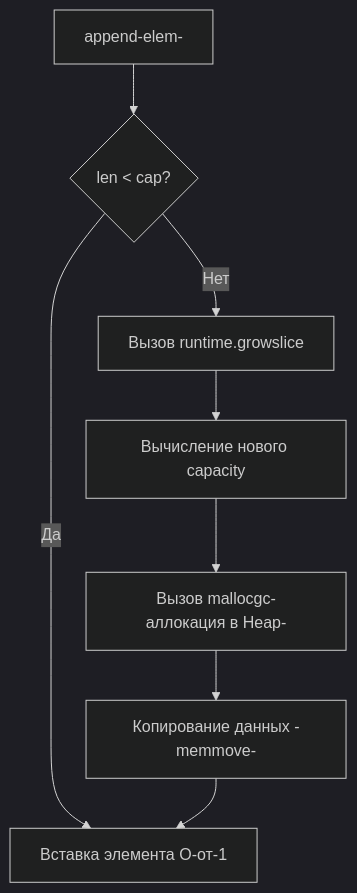
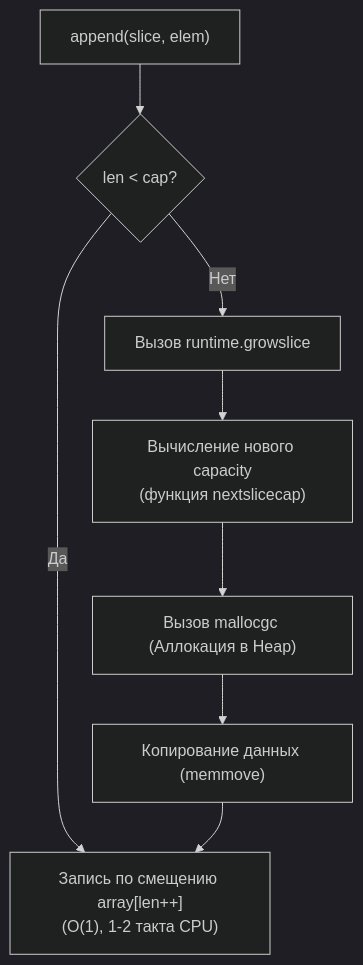
Before and after one commit to UnrealTemplier/go-textbook: the second of 3 diagrams in sources/16. Профилирование, отладка и производительность/09. Практические оптимизации/4. Предвыделение памяти.md, drawn with Mermaid (dark theme). The commit also changed other lines of this file, not shown here.

````diff
--- a/sources/16. Профилирование, отладка и производительность/09. Практические оптимизации/4. Предвыделение памяти.md
+++ b/sources/16. Профилирование, отладка и производительность/09. Практические оптимизации/4. Предвыделение памяти.md
@@ -30,10 +45,10 @@
 ```mermaid
 flowchart TD
-    A["append-elem-"] --> B{"len < cap?"}
-    B -- "Да" --> C["Вставка элемента O-от-1"]
+    A["append(slice, elem)"] --> B{"len < cap?"}
+    B -- "Да" --> C["Запись по смещению array[len++]<br/>(O(1), 1-2 такта CPU)"]
     B -- "Нет" --> D["Вызов runtime.growslice"]
-    D --> E["Вычисление нового capacity"]
-    E --> F["Вызов mallocgc-аллокация в Heap-"]
-    F --> G["Копирование данных -memmove-"]
+    D --> E["Вычисление нового capacity<br/>(функция nextslicecap)"]
+    E --> F["Вызов mallocgc (Аллокация в Heap)"]
+    F --> G["Копирование данных (memmove)"]
     G --> C
 ```
````
